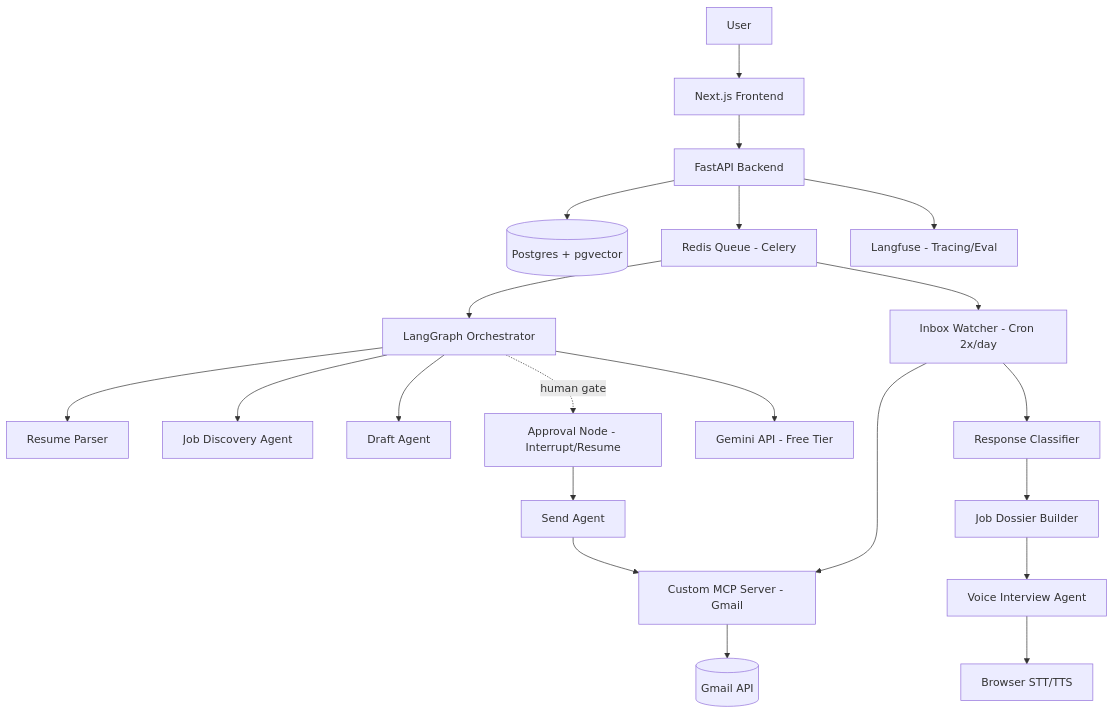
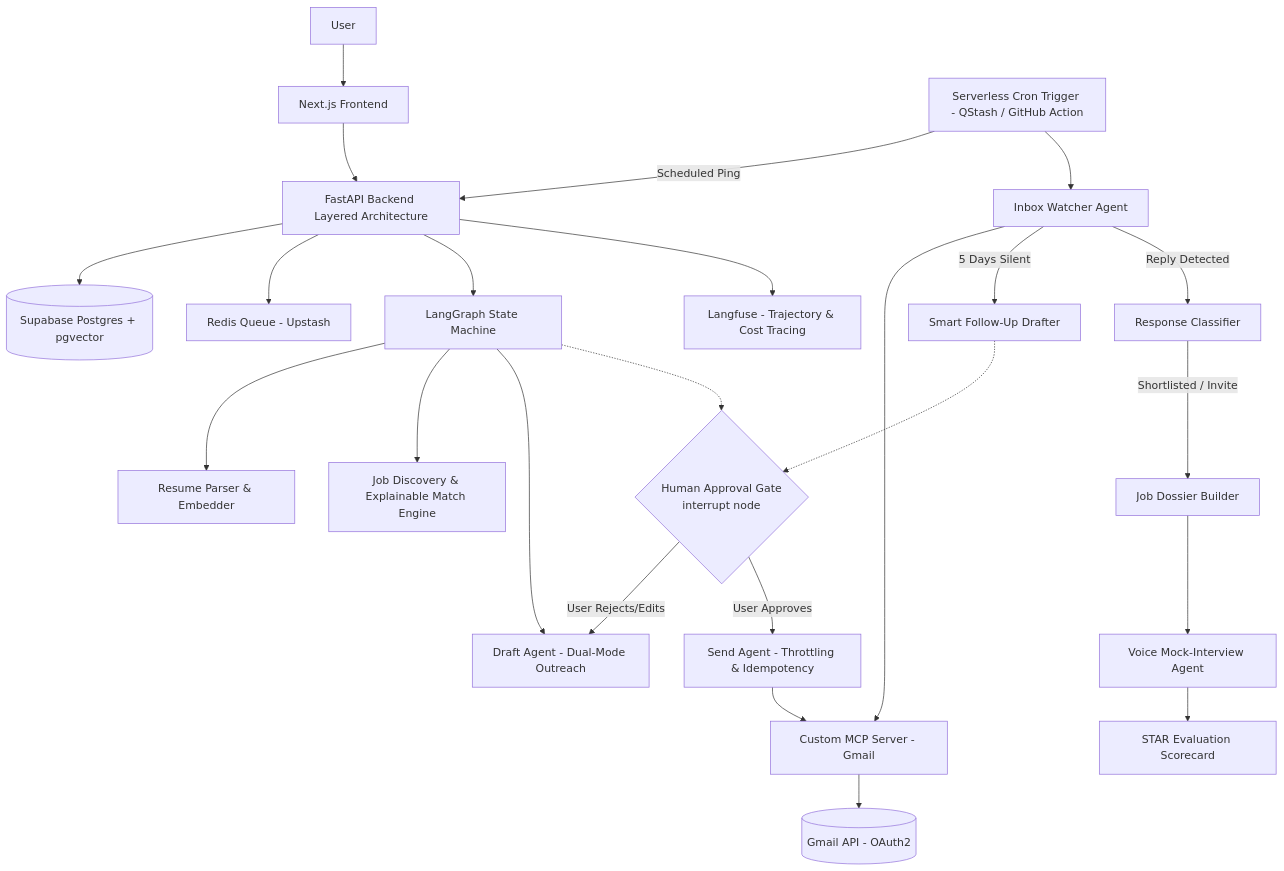
The diagram in prd.md (Sibasish2005/AiJobSearchDocumentation-), drawn with Mermaid before and after one commit. The commit also changed other lines of this file, not shown here.

Commit message:
docs: upgrade PRD to v1.1 with gap fixes and architecture improvisations

````diff
--- a/prd.md
+++ b/prd.md
@@ -134,27 +156,39 @@
 ```mermaid
 flowchart TD
     U[User] --> FE[Next.js Frontend]
-    FE --> API[FastAPI Backend]
-    API --> DB[(Postgres + pgvector)]
-    API --> Q[Redis Queue - Celery]
-    Q --> ORCH[LangGraph Orchestrator]
+    FE --> API[FastAPI Backend Layered Architecture]
+    API --> DB[(Supabase Postgres + pgvector)]
+    API --> Q[Redis Queue - Upstash]
 
-    ORCH --> A1[Resume Parser]
-    ORCH --> A2[Job Discovery Agent]
-    ORCH --> A3[Draft Agent]
-    ORCH -.human gate.-> APPROVAL[Approval Node - Interrupt/Resume]
-    APPROVAL --> A4[Send Agent]
+    %% Cron Trigger handling PaaS sleep
+    CRON[Serverless Cron Trigger - QStash / GitHub Action] -->|Scheduled Ping| API
+
+    API --> ORCH[LangGraph State Machine]
+
+    ORCH --> A1[Resume Parser & Embedder]
+    ORCH --> A2[Job Discovery & Explainable Match Engine]
+    ORCH --> A3[Draft Agent - Dual-Mode Outreach]
+    
+    %% Human in the loop gate
+    ORCH -.-> APPROVAL{Human Approval Gate<br/>interrupt node}
+    APPROVAL -->|User Rejects/Edits| A3
+    APPROVAL -->|User Approves| A4[Send Agent - Throttling & Idempotency]
+    
     A4 --> MCP[Custom MCP Server - Gmail]
-    MCP --> GMAIL[(Gmail API)]
+    MCP --> GMAIL[(Gmail API - OAuth2)]
 
-    Q --> A5[Inbox Watcher - Cron 2x/day]
+    %% Scheduled Inbox & Followup
+    CRON --> A5[Inbox Watcher Agent]
     A5 --> MCP
-    A5 --> A6[Response Classifier]
-    A6 --> A7[Job Dossier Builder]
-    A7 --> A8[Voice Interview Agent]
+    A5 -->|5 Days Silent| A5F[Smart Follow-Up Drafter]
+    A5F -.-> APPROVAL
+    A5 -->|Reply Detected| A6[Response Classifier]
 
-    ORCH --> LLM[Gemini API - Free Tier]
-    A8 --> VOICE[Browser STT/TTS]
+    %% Interview Prep Flow
+    A6 -->|Shortlisted / Invite| A7[Job Dossier Builder]
+    A7 --> A8[Voice Mock-Interview Agent]
+    A8 --> SCORE[STAR Evaluation Scorecard]
 
-    API --> OBS[Langfuse - Tracing/Eval]
+    %% Observability
+    API --> OBS[Langfuse - Trajectory & Cost Tracing]
 ```
````
